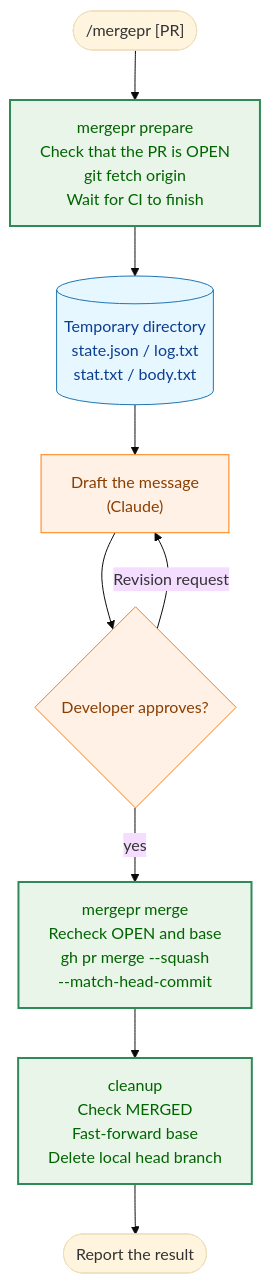
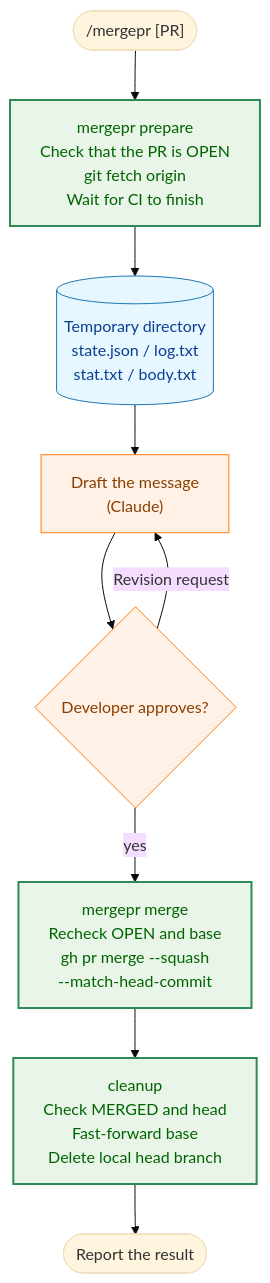
Before and after one commit to isseis/yt2column: the diagram in docs/dev/developer_guide/mergepr_guide.md, drawn with Mermaid (base theme). The commit also changed other lines of this file and 7 other files, not shown here.

````diff
--- a/docs/dev/developer_guide/mergepr_guide.md
+++ b/docs/dev/developer_guide/mergepr_guide.md
@@ -50,19 +50,19 @@
 ```mermaid
 flowchart TD
     classDef data fill:#e6f7ff,stroke:#1f77b4,stroke-width:1px,color:#0b3d91;
     classDef process fill:#fff1e6,stroke:#ff7f0e,stroke-width:1px,color:#8a3e00;
     classDef enhanced fill:#e8f5e8,stroke:#2e8b57,stroke-width:2px,color:#006400;
 
     Start(["/mergepr [PR]"]) --> Prepare["mergepr prepare<br>Check that the PR is OPEN<br>git fetch origin<br>Wait for CI to finish"]
     Prepare --> Files[("Temporary directory<br>state.json / log.txt<br>stat.txt / body.txt")]
     Files --> Draft["Draft the message<br>(Claude)"]
     Draft --> Approve{"Developer approves?"}
     Approve -->|"Revision request"| Draft
     Approve -->|"yes"| Merge["mergepr merge<br>Recheck OPEN and base<br>gh pr merge --squash<br>--match-head-commit"]
-    Merge --> Cleanup["cleanup<br>Check MERGED<br>Fast-forward base<br>Delete local head branch"]
+    Merge --> Cleanup["cleanup<br>Check MERGED and head<br>Fast-forward base<br>Delete local head branch"]
     Cleanup --> End(["Report the result"])
 
     class Files data
     class Draft,Approve process
     class Prepare,Merge,Cleanup enhanced
 ```
````
